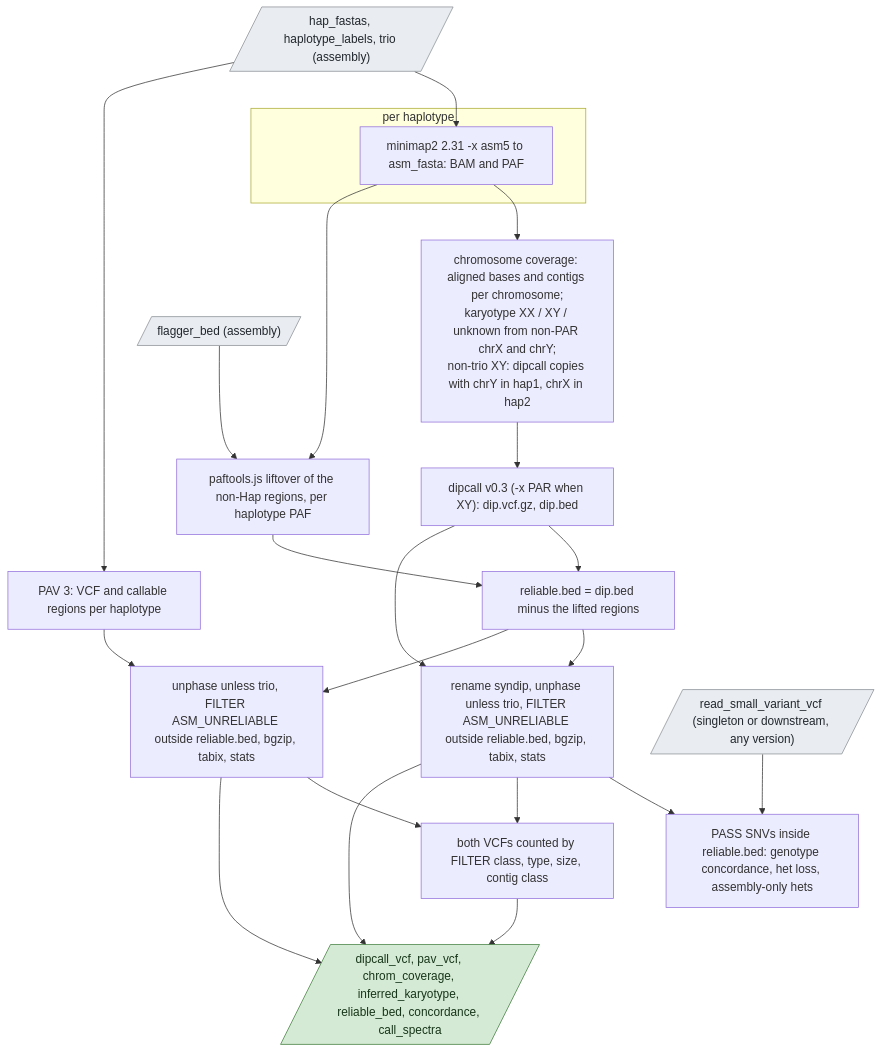
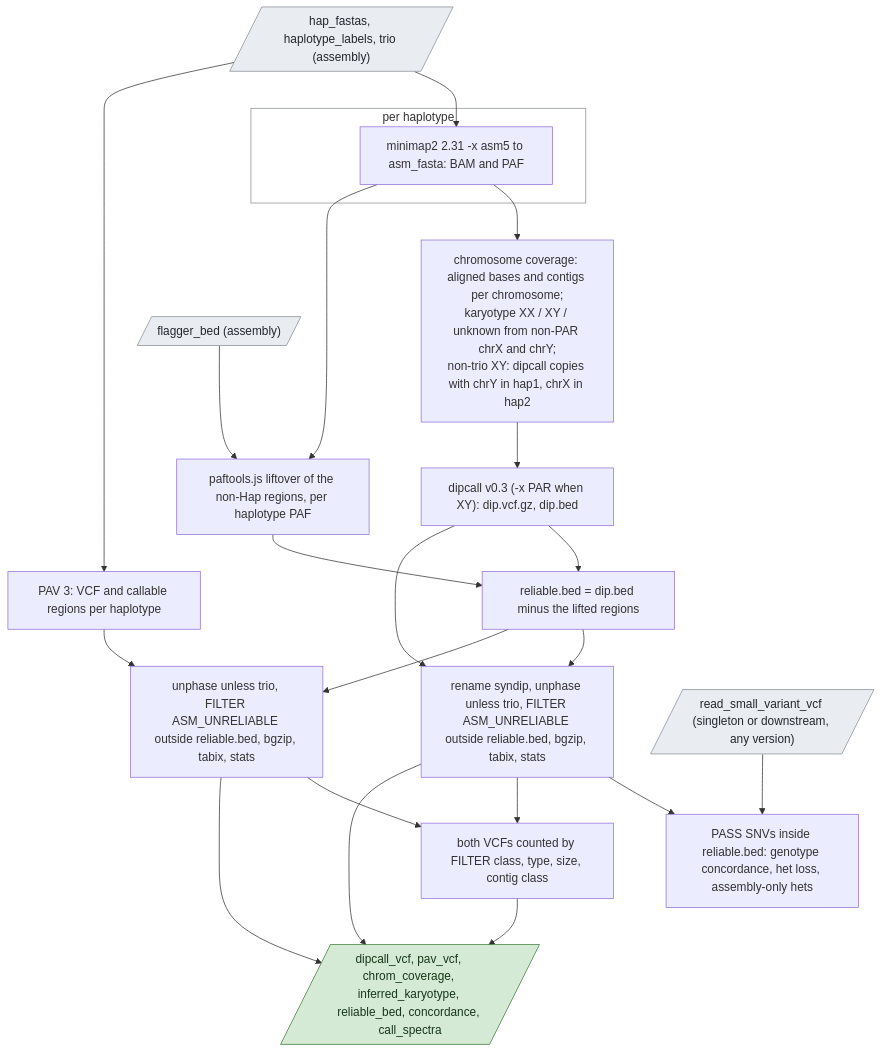
Before and after one commit to UppsalaGenomeCenter/ugc-wgw: the diagram in docs/guide/stages/assembly_call.md, drawn with Mermaid. The commit also changed 19 other files, not shown here.

````diff
--- a/docs/guide/stages/assembly_call.md
+++ b/docs/guide/stages/assembly_call.md
@@ -15,27 +15,29 @@
 ```mermaid
 flowchart TD
   in[/"hap_fastas, haplotype_labels, trio (assembly)"/]:::data --> mm
   subgraph hap["per haplotype"]
     mm["minimap2 2.31 -x asm5 to asm_fasta: BAM and PAF"]
   end
   mm --> cov["chromosome coverage: aligned bases and contigs per chromosome;<br/>karyotype XX / XY / unknown from non-PAR chrX and chrY;<br/>non-trio XY: dipcall copies with chrY in hap1, chrX in hap2"]
   cov --> dip["dipcall v0.3 (-x PAR when XY): dip.vcf.gz, dip.bed"]
   in --> pav["PAV 3: VCF and callable regions per haplotype"]
   fb[/"flagger_bed (assembly)"/]:::data --> lift["paftools.js liftover of the non-Hap regions, per haplotype PAF"]
   mm --> lift
   lift --> rel["reliable.bed = dip.bed minus the lifted regions"]
   dip --> rel
   dip --> fd["rename syndip, unphase unless trio, FILTER ASM_UNRELIABLE outside reliable.bed, bgzip, tabix, stats"]
   pav --> fp["unphase unless trio, FILTER ASM_UNRELIABLE outside reliable.bed, bgzip, tabix, stats"]
   rel --> fd
   rel --> fp
   rv[/"read_small_variant_vcf (singleton or downstream, any version)"/]:::data --> con["PASS SNVs inside reliable.bed: genotype concordance, het loss, assembly-only hets"]
   fd --> con
   fd --> sp["both VCFs counted by FILTER class, type, size, contig class"]
   fp --> sp
   fd --> out[/"dipcall_vcf, pav_vcf, chrom_coverage, inferred_karyotype, reliable_bed, concordance, call_spectra"/]:::result
   fp --> out
   sp --> out
   classDef data fill:#e9edf1,stroke:#8a8f95,color:#22272e
   classDef result fill:#d5ead4,stroke:#3f7d3c,color:#17361a
+  classDef box fill:none,stroke:#8a8f95
+  class hap box
 ```
````
